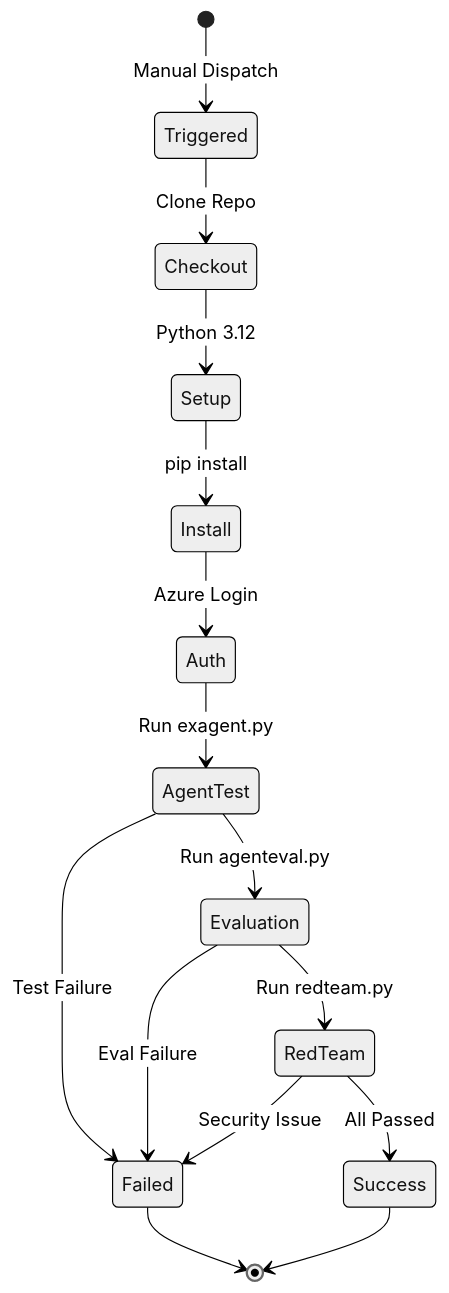
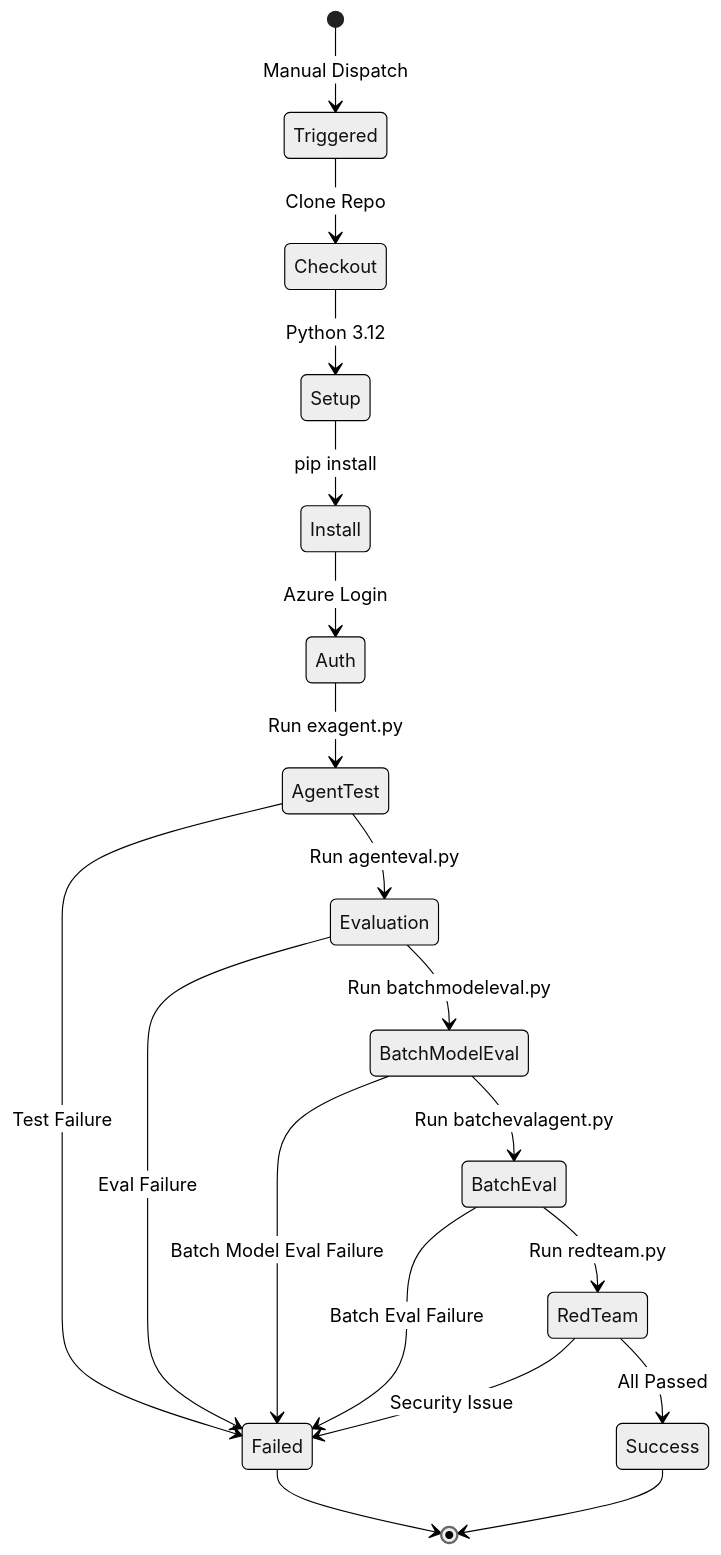
One commit to balakreshnan/msagentframework changed diagram 12 of 17 in docs/GITHUB_WORKFLOWS.md. Above: the diagram before and after it, drawn with Mermaid (neutral theme). The commit also changed other lines of this file and 2 other files, not shown here.

Commit message:
docs: Add CI/CD documentation and flow diagrams for agent-consumption-single-env.yml

````diff
--- a/docs/GITHUB_WORKFLOWS.md
+++ b/docs/GITHUB_WORKFLOWS.md
@@ -480,20 +536,24 @@
 ```mermaid
 stateDiagram-v2
     [*] --> Triggered: Manual Dispatch
     Triggered --> Checkout: Clone Repo
     Checkout --> Setup: Python 3.12
     Setup --> Install: pip install
     Install --> Auth: Azure Login
     
     Auth --> AgentTest: Run exagent.py
     AgentTest --> Evaluation: Run agenteval.py
-    Evaluation --> RedTeam: Run redteam.py
+    Evaluation --> BatchModelEval: Run batchmodeleval.py
+    BatchModelEval --> BatchEval: Run batchevalagent.py
+    BatchEval --> RedTeam: Run redteam.py
     
     AgentTest --> Failed: Test Failure
     Evaluation --> Failed: Eval Failure
+    BatchModelEval --> Failed: Batch Model Eval Failure
+    BatchEval --> Failed: Batch Eval Failure
     RedTeam --> Failed: Security Issue
     
     RedTeam --> Success: All Passed
     Failed --> [*]
     Success --> [*]
 ```
````
